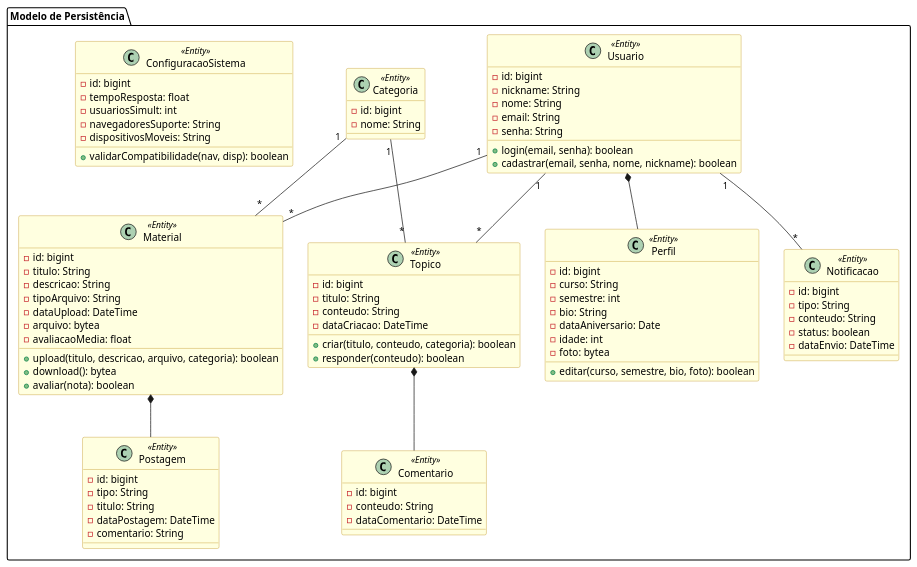
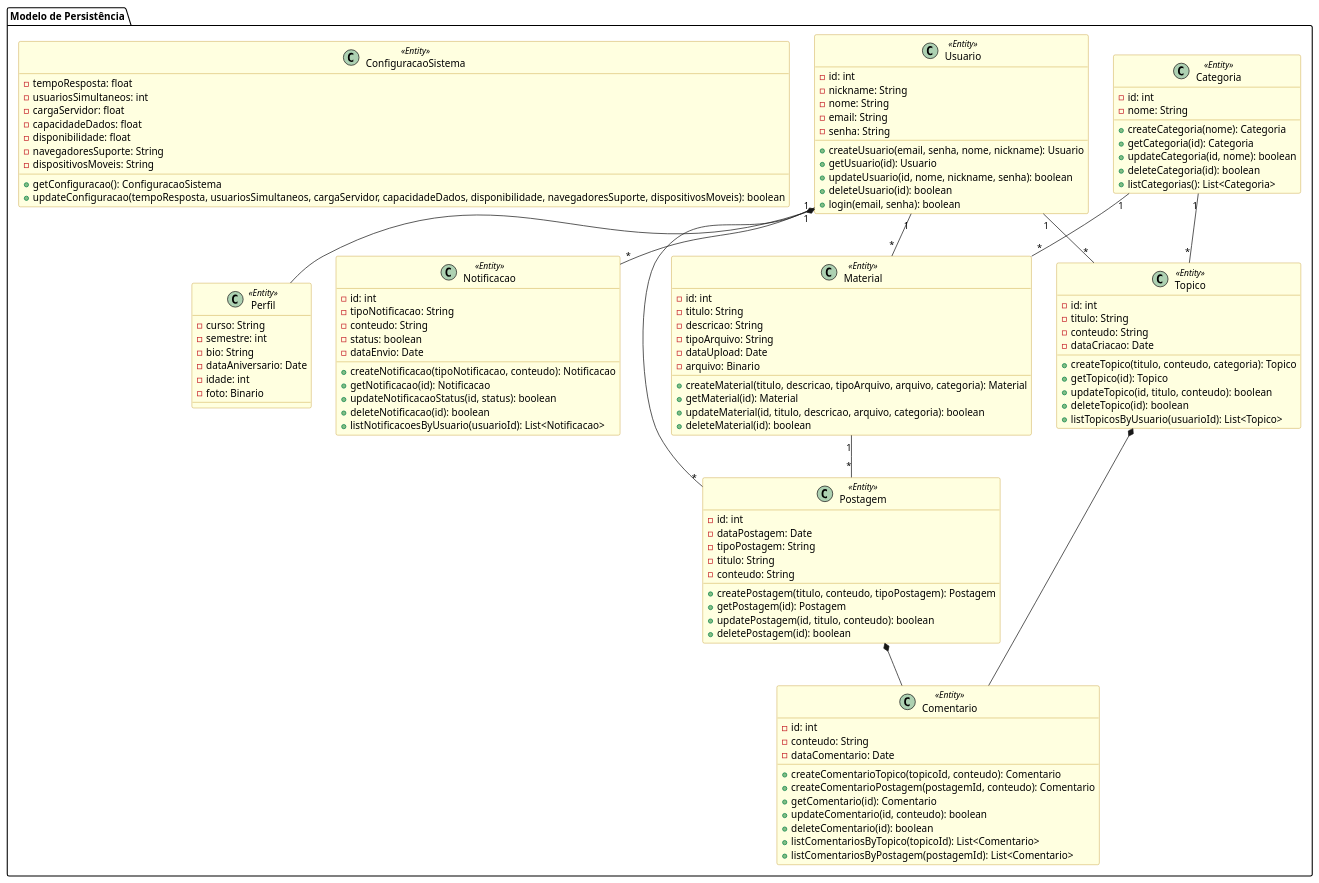
Before and after one commit to Giovanni-LOS/artefatos-eng-soft: the diagram in diagram-class-persistence.puml, drawn with PlantUML.

Commit message:
fix: missing crud

```diff
--- a/diagram-class-persistence.puml
+++ b/diagram-class-persistence.puml
@@ -1,109 +1,139 @@
 @startuml
-' Estereótipo para entidades persistentes
+' Estereótipos para entidades persistentes
 skinparam class {
   BackgroundColor<<Entity>> LightYellow
   BorderColor<<Entity>> DarkGoldenrod
 }
 
 package "Modelo de Persistência" {
-  
+
   class Usuario <<Entity>> {
-    - id: bigint
+    - id: int
     - nickname: String
     - nome: String
     - email: String
     - senha: String
+    + createUsuario(email, senha, nome, nickname): Usuario
+    + getUsuario(id): Usuario
+    + updateUsuario(id, nome, nickname, senha): boolean
+    + deleteUsuario(id): boolean
     + login(email, senha): boolean
-    + cadastrar(email, senha, nome, nickname): boolean
   }
 
   class Perfil <<Entity>> {
-    - id: bigint
     - curso: String
     - semestre: int
     - bio: String
     - dataAniversario: Date
     - idade: int
-    - foto: bytea
-    + editar(curso, semestre, bio, foto): boolean
+    - foto: Binario
   }
 
   class Categoria <<Entity>> {
-    - id: bigint
+    - id: int
     - nome: String
+    + createCategoria(nome): Categoria
+    + getCategoria(id): Categoria
+    + updateCategoria(id, nome): boolean
+    + deleteCategoria(id): boolean
+    + listCategorias(): List<Categoria>
   }
 
   class Material <<Entity>> {
-    - id: bigint
+    - id: int
     - titulo: String
     - descricao: String
     - tipoArquivo: String
-    - dataUpload: DateTime
-    - arquivo: bytea
-    - avaliacaoMedia: float
-    + upload(titulo, descricao, arquivo, categoria): boolean
-    + download(): bytea
-    + avaliar(nota): boolean
+    - dataUpload: Date
+    - arquivo: Binario
+    + createMaterial(titulo, descricao, tipoArquivo, arquivo, categoria): Material
+    + getMaterial(id): Material
+    + updateMaterial(id, titulo, descricao, arquivo, categoria): boolean
+    + deleteMaterial(id): boolean
   }
 
   class Postagem <<Entity>> {
-    - id: bigint
-    - tipo: String
+    - id: int
+    - dataPostagem: Date
+    - tipoPostagem: String
     - titulo: String
-    - dataPostagem: DateTime
-    - comentario: String
+    - conteudo: String
+    + createPostagem(titulo, conteudo, tipoPostagem): Postagem
+    + getPostagem(id): Postagem
+    + updatePostagem(id, titulo, conteudo): boolean
+    + deletePostagem(id): boolean
   }
 
   class Topico <<Entity>> {
-    - id: bigint
+    - id: int
     - titulo: String
     - conteudo: String
-    - dataCriacao: DateTime
-    + criar(titulo, conteudo, categoria): boolean
-    + responder(conteudo): boolean
+    - dataCriacao: Date
+    + createTopico(titulo, conteudo, categoria): Topico
+    + getTopico(id): Topico
+    + updateTopico(id, titulo, conteudo): boolean
+    + deleteTopico(id): boolean
+    + listTopicosByUsuario(usuarioId): List<Topico>
   }
 
   class Comentario <<Entity>> {
-    - id: bigint
+    - id: int
     - conteudo: String
-    - dataComentario: DateTime
+    - dataComentario: Date
+    + createComentarioTopico(topicoId, conteudo): Comentario
+    + createComentarioPostagem(postagemId, conteudo): Comentario
+    + getComentario(id): Comentario
+    + updateComentario(id, conteudo): boolean
+    + deleteComentario(id): boolean
+    + listComentariosByTopico(topicoId): List<Comentario>
+    + listComentariosByPostagem(postagemId): List<Comentario>
   }
 
   class Notificacao <<Entity>> {
-    - id: bigint
-    - tipo: String
+    - id: int
+    - tipoNotificacao: String
     - conteudo: String
     - status: boolean
-    - dataEnvio: DateTime
+    - dataEnvio: Date
+    + createNotificacao(tipoNotificacao, conteudo): Notificacao
+    + getNotificacao(id): Notificacao
+    + updateNotificacaoStatus(id, status): boolean
+    + deleteNotificacao(id): boolean
+    + listNotificacoesByUsuario(usuarioId): List<Notificacao>
   }
 
   class ConfiguracaoSistema <<Entity>> {
-    - id: bigint
     - tempoResposta: float
-    - usuariosSimult: int
+    - usuariosSimultaneos: int
+    - cargaServidor: float
+    - capacidadeDados: float
+    - disponibilidade: float
     - navegadoresSuporte: String
     - dispositivosMoveis: String
-    + validarCompatibilidade(nav, disp): boolean
+    + getConfiguracao(): ConfiguracaoSistema
+    + updateConfiguracao(tempoResposta, usuariosSimultaneos, cargaServidor, capacidadeDados, disponibilidade, navegadoresSuporte, dispositivosMoveis): boolean
   }
 
   ' Relações
   ' Composição: Perfil não existe sem Usuario
   Usuario *-- Perfil
   
-  ' Associação simples: Usuario relaciona com Material, Topico e Notificacao
+  ' Associação simples: Usuario relaciona com Material, Topico, Postagem e Notificacao
   Usuario "1" -- "*" Material
   Usuario "1" -- "*" Topico
+  Usuario "1" -- "*" Postagem
   Usuario "1" -- "*" Notificacao
 
   ' Associação simples: Categoria referenciada por Material e Topico
   Categoria "1" -- "*" Material
   Categoria "1" -- "*" Topico
 
-  ' Composição: Postagem faz parte de Material
-  Material *-- Postagem
+  ' Composição: Comentario faz parte de Topico e Postagem
+  Topico *-- Comentario
+  Postagem *-- Comentario
 
-  ' Composição: Comentario faz parte de Topico
-  Topico *-- Comentario
+  ' Associação: Material referenciado em Postagem
+  Material "1" -- "*" Postagem
 
 }
 @enduml
```
